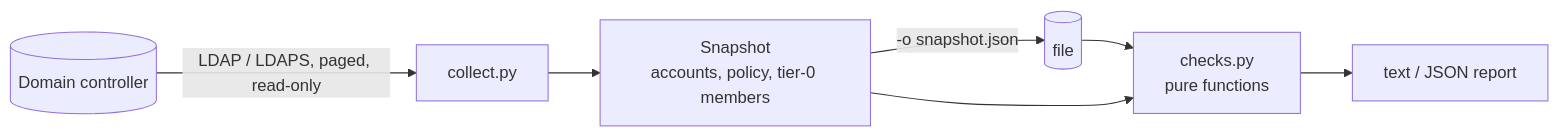
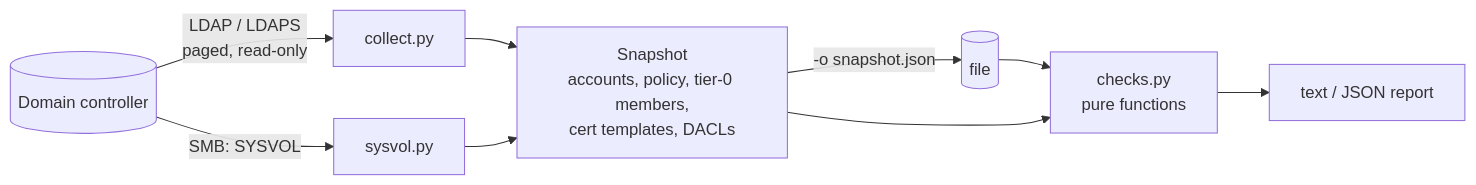
The diagram in README.md (brkozer/ad-doctor), drawn with Mermaid before and after one commit. The commit also changed other lines of this file and 14 other files, not shown here.

````diff
--- a/README.md
+++ b/README.md
@@ -84,9 +77,11 @@
 ```mermaid
 flowchart LR
-    DC[(Domain controller)] -- "LDAP / LDAPS, paged, read-only" --> C[collect.py]
-    C --> S[Snapshot<br/>accounts, policy, tier-0 members]
+    DC[(Domain controller)] -- "LDAP / LDAPS<br/>paged, read-only" --> C[collect.py]
+    DC -- "SMB: SYSVOL" --> V[sysvol.py]
+    C --> S[Snapshot<br/>accounts, policy, tier-0 members,<br/>cert templates, DACLs]
+    V --> S
     S -- "-o snapshot.json" --> F[(file)]
     F --> A
     S --> A[checks.py<br/>pure functions]
     A --> R[text / JSON report]
 ```
````
